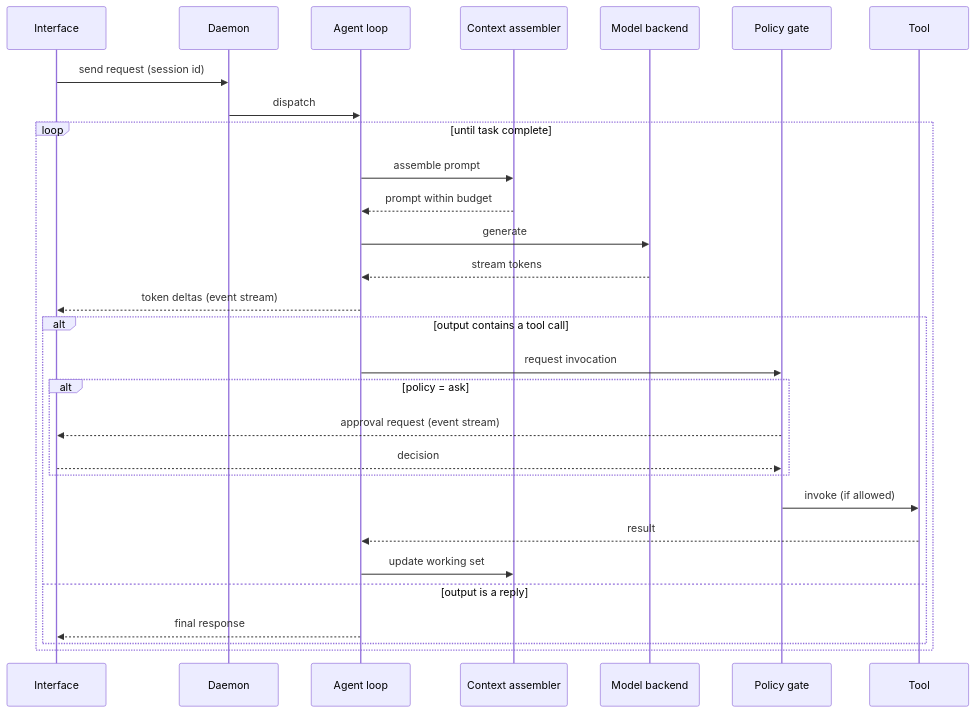
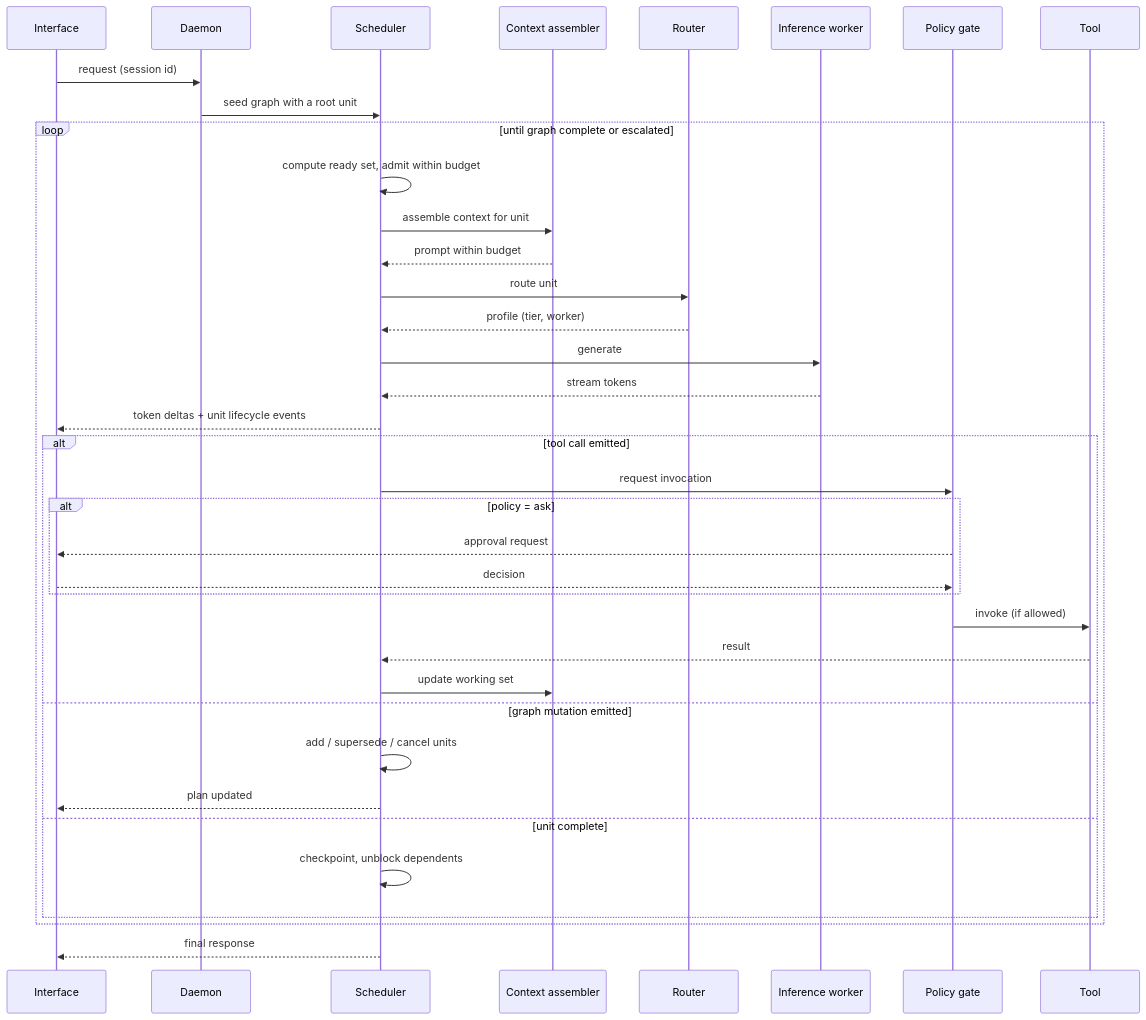
Before and after one commit to MARIONGames/SolaraAI: the second of 2 diagrams in docs/architecture/architecture.md, drawn with Mermaid. The commit also changed other lines of this file and 8 other files, not shown here.

````diff
--- a/docs/architecture/architecture.md
+++ b/docs/architecture/architecture.md
@@ -279,32 +390,40 @@
 ```mermaid
 sequenceDiagram
     participant U as Interface
     participant D as Daemon
-    participant L as Agent loop
+    participant S as Scheduler
     participant X as Context assembler
-    participant M as Model backend
+    participant R as Router
+    participant W as Inference worker
     participant G as Policy gate
     participant T as Tool
 
-    U->>D: send request (session id)
-    D->>L: dispatch
-    loop until task complete
-        L->>X: assemble prompt
-        X-->>L: prompt within budget
-        L->>M: generate
-        M-->>L: stream tokens
-        L-->>U: token deltas (event stream)
-        alt output contains a tool call
-            L->>G: request invocation
+    U->>D: request (session id)
+    D->>S: seed graph with a root unit
+    loop until graph complete or escalated
+        S->>S: compute ready set, admit within budget
+        S->>X: assemble context for unit
+        X-->>S: prompt within budget
+        S->>R: route unit
+        R-->>S: profile (tier, worker)
+        S->>W: generate
+        W-->>S: stream tokens
+        S-->>U: token deltas + unit lifecycle events
+        alt tool call emitted
+            S->>G: request invocation
             alt policy = ask
-                G-->>U: approval request (event stream)
+                G-->>U: approval request
                 U-->>G: decision
             end
             G->>T: invoke (if allowed)
-            T-->>L: result
-            L->>X: update working set
-        else output is a reply
-            L-->>U: final response
+            T-->>S: result
+            S->>X: update working set
+        else graph mutation emitted
+            S->>S: add / supersede / cancel units
+            S-->>U: plan updated
+        else unit complete
+            S->>S: checkpoint, unblock dependents
         end
     end
+    S-->>U: final response
 ```
````
